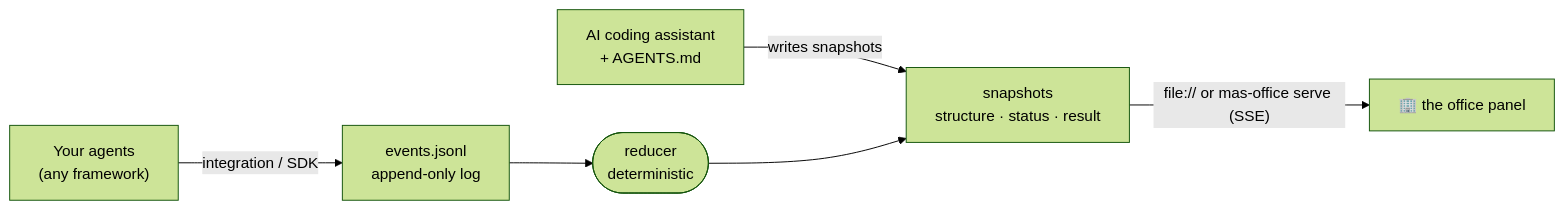
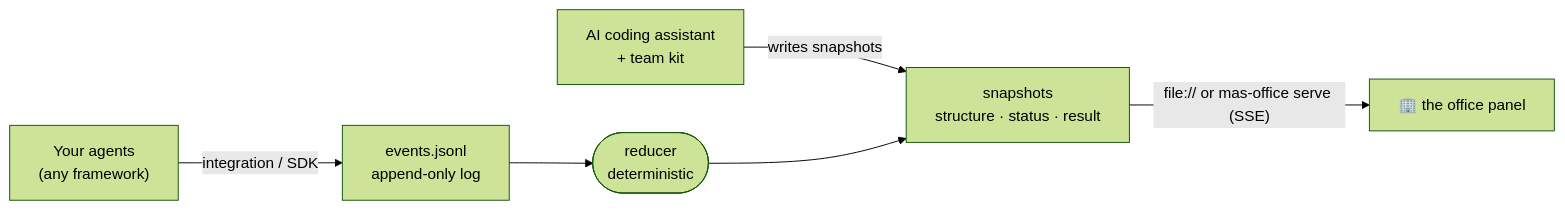
Before and after one commit to weixijia/mas-office: the diagram in README.md, drawn with Mermaid (forest theme). The commit also changed other lines of this file and 12 other files, not shown here.

First line of the commit message:
Reposition README, roadmap and website around the agent team

````diff
--- a/README.md
+++ b/README.md
@@ -189,7 +216,7 @@
 ```mermaid
 flowchart LR
   A["Your agents<br/>(any framework)"] -- "integration / SDK" --> E["events.jsonl<br/>append-only log"]
-  K["AI coding assistant<br/>+ AGENTS.md"] -- "writes snapshots" --> S
+  K["AI coding assistant<br/>+ team kit"] -- "writes snapshots" --> S
   E --> R(["reducer<br/>deterministic"]) --> S["snapshots<br/>structure · status · result"]
   S -- "file:// or mas-office serve (SSE)" --> P["🏢 the office panel"]
 ```
````
